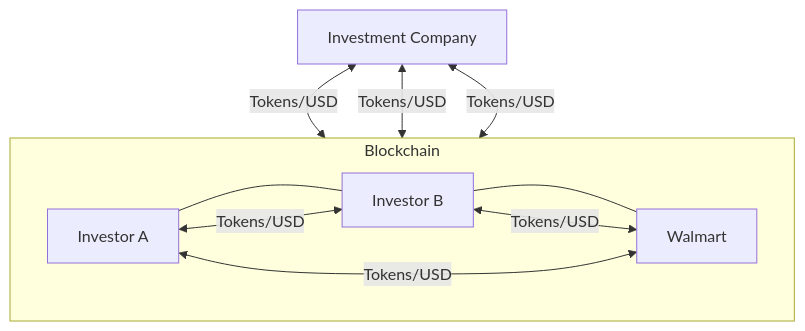
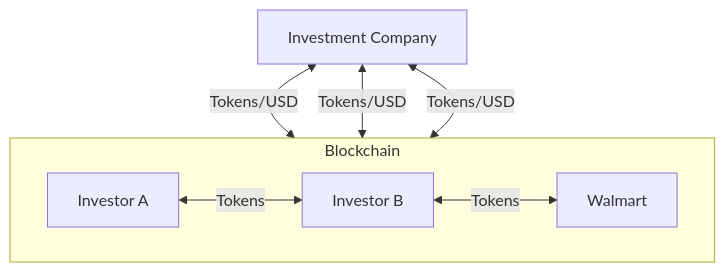
One commit to amr080/x-protocol changed the diagram in docs/tokens_vs_viper.mermaid. Above: the diagram before and after it, drawn with Mermaid. The commit also changed other lines of this file, not shown here.

```diff
--- a/docs/tokens_vs_viper.mermaid
+++ b/docs/tokens_vs_viper.mermaid
@@ -1,18 +1,14 @@
 flowchart TD
     %% Subgraph for Blockchain
     subgraph Blockchain["Blockchain"]
         direction LR
-        InvestorA["Investor A"] --- InvestorB["Investor B"] --- Walmart["Walmart"]
+            InvestorA["Investor A"] <--> |Tokens| InvestorB["Investor B"] <--> |Tokens| Walmart["Walmart"]
     end
 
     %% Investment Company outside the subgraph
     InvestmentCo["Investment Company"]
 
     %% Bidirectional Arrows with Improved Formatting
     InvestmentCo <-->|Tokens/USD| InvestorA
     InvestmentCo <-->|Tokens/USD| InvestorB
     InvestmentCo <-->|Tokens/USD| Walmart
-
-    InvestorA <-->|Tokens/USD| InvestorB
-    InvestorA <-->|Tokens/USD| Walmart
-    InvestorB <-->|Tokens/USD| Walmart
```
